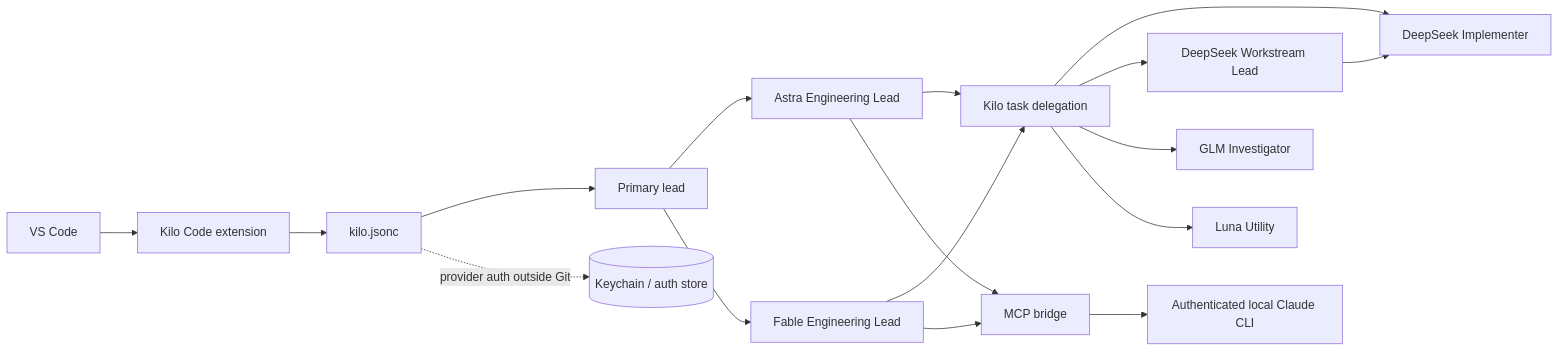
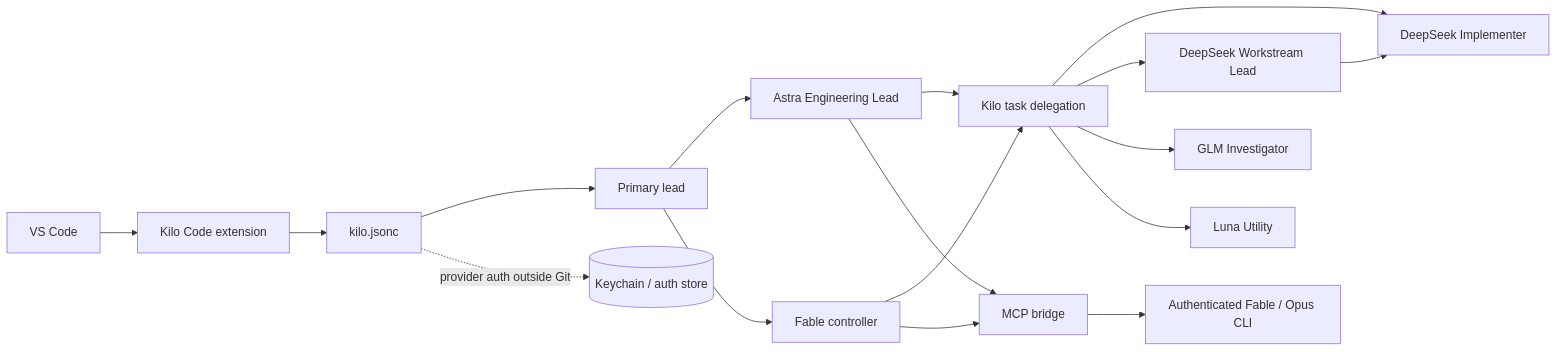
The diagram in diagrams/system-architecture.mmd (shrikrishna-skg/vs-code-configuration), drawn with Mermaid before and after one commit. The commit also changed 36 other files, not shown here.

```diff
--- a/diagrams/system-architecture.mmd
+++ b/diagrams/system-architecture.mmd
@@ -1,17 +1,17 @@
 flowchart LR
     VS[VS Code] --> K[Kilo Code extension]
     K --> C[kilo.jsonc]
     C --> P[Primary lead]
     P --> A[Astra Engineering Lead]
-    P --> F[Fable Engineering Lead]
+    P --> F[Fable controller]
     A --> T[Kilo task delegation]
     F --> T
     T --> DSI[DeepSeek Implementer]
     T --> DSW[DeepSeek Workstream Lead]
     T --> G[GLM Investigator]
     T --> L[Luna Utility]
     DSW --> DSI
     A --> M[MCP bridge]
     F --> M
-    M --> CC[Authenticated local Claude CLI]
+    M --> CC[Authenticated Fable / Opus CLI]
     C -. provider auth outside Git .-> S[(Keychain / auth store)]
```
